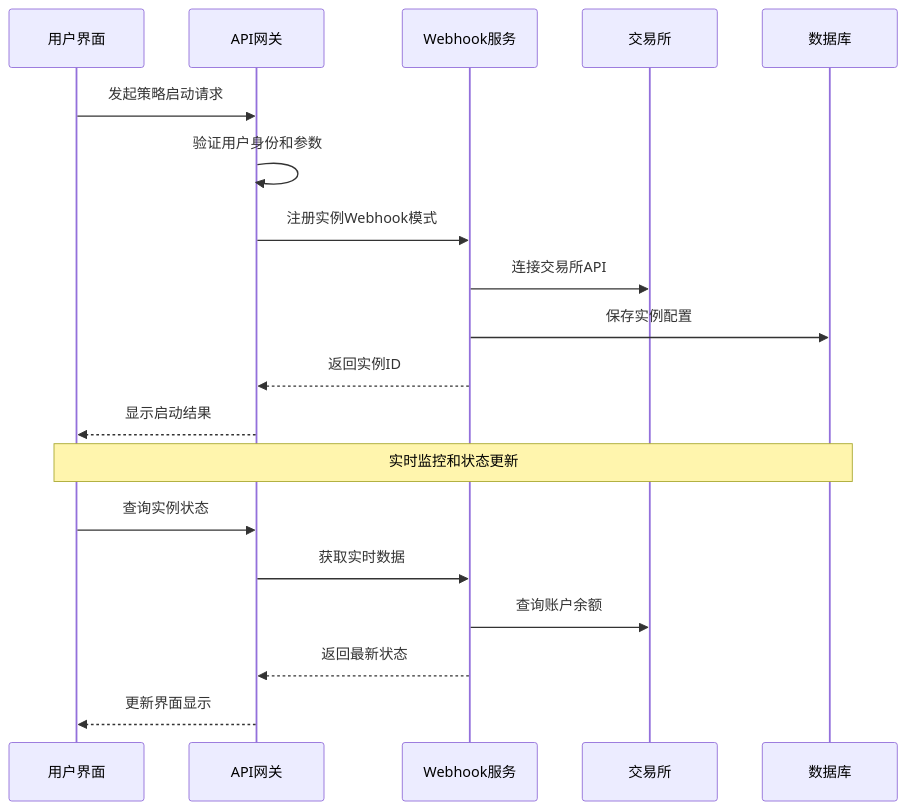
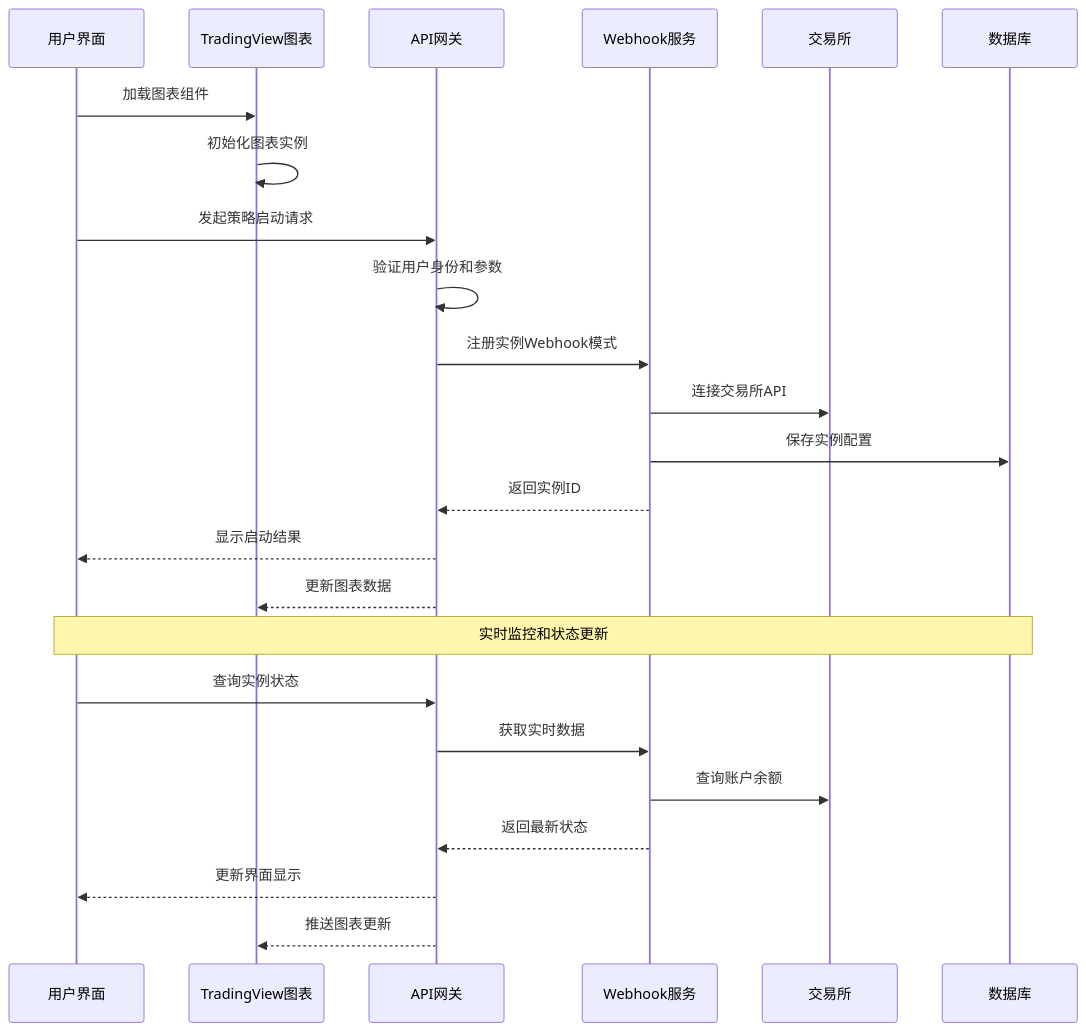
One commit to zyf266/ending changed the second of 11 diagrams in .qoder/repowiki/zh/content/可视化界面/交易控制界面.md. Above: the diagram before and after it, drawn with Mermaid. The commit also changed other lines of this file and 60 other files, not shown here.

````diff
--- a/.qoder/repowiki/zh/content/可视化界面/交易控制界面.md
+++ b/.qoder/repowiki/zh/content/可视化界面/交易控制界面.md
@@ -127,21 +141,26 @@
 ```mermaid
 sequenceDiagram
 participant U as 用户界面
+participant TV as TradingView图表
 participant API as API网关
 participant WS as Webhook服务
 participant EX as 交易所
 participant DB as 数据库
+U->>TV : 加载图表组件
+TV->>TV : 初始化图表实例
 U->>API : 发起策略启动请求
 API->>API : 验证用户身份和参数
 API->>WS : 注册实例Webhook模式
 WS->>EX : 连接交易所API
 WS->>DB : 保存实例配置
 WS-->>API : 返回实例ID
 API-->>U : 显示启动结果
+API-->>TV : 更新图表数据
 Note over U,DB : 实时监控和状态更新
 U->>API : 查询实例状态
 API->>WS : 获取实时数据
 WS->>EX : 查询账户余额
 WS-->>API : 返回最新状态
 API-->>U : 更新界面显示
+API-->>TV : 推送图表更新
 ```
````
